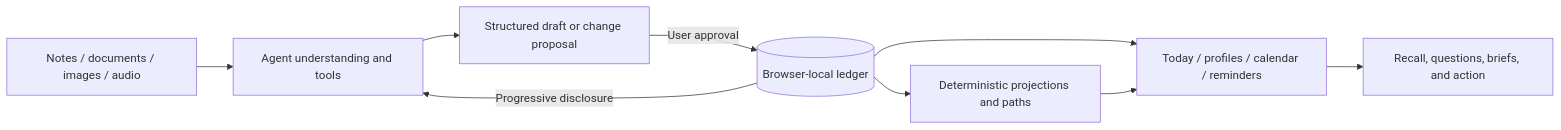
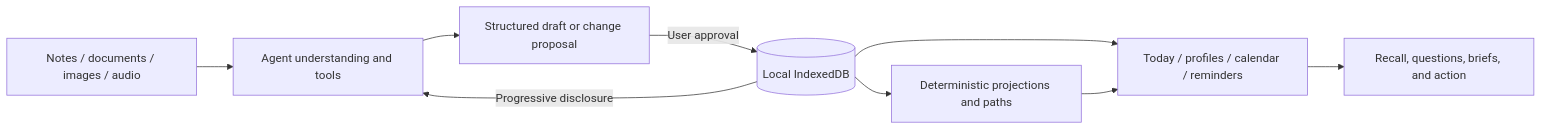
Before and after one commit to iyau76/ZhiMaiConnect: the diagram in README.en.md, drawn with Mermaid. The commit also changed other lines of this file and 87 other files, not shown here.

````diff
--- a/README.en.md
+++ b/README.en.md
@@ -92,11 +93,11 @@
 ```mermaid
 flowchart LR
     A[Notes / documents / images / audio] --> B[Agent understanding and tools]
-    D[(Browser-local ledger)] -->|Progressive disclosure| B
+    D[(Local IndexedDB)] -->|Progressive disclosure| B
     B --> C[Structured draft or change proposal]
     C -->|User approval| D
     D --> P[Deterministic projections and paths]
     D --> T[Today / profiles / calendar / reminders]
     P --> T
     T --> Q[Recall, questions, briefs, and action]
 ```
````
